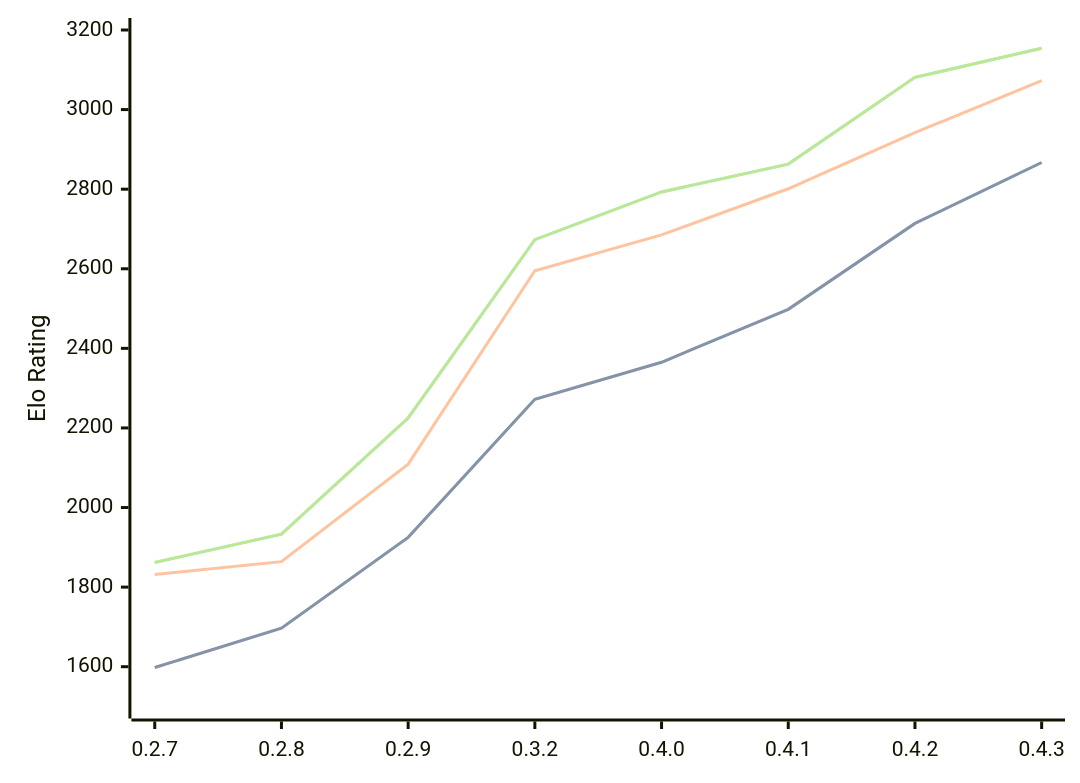
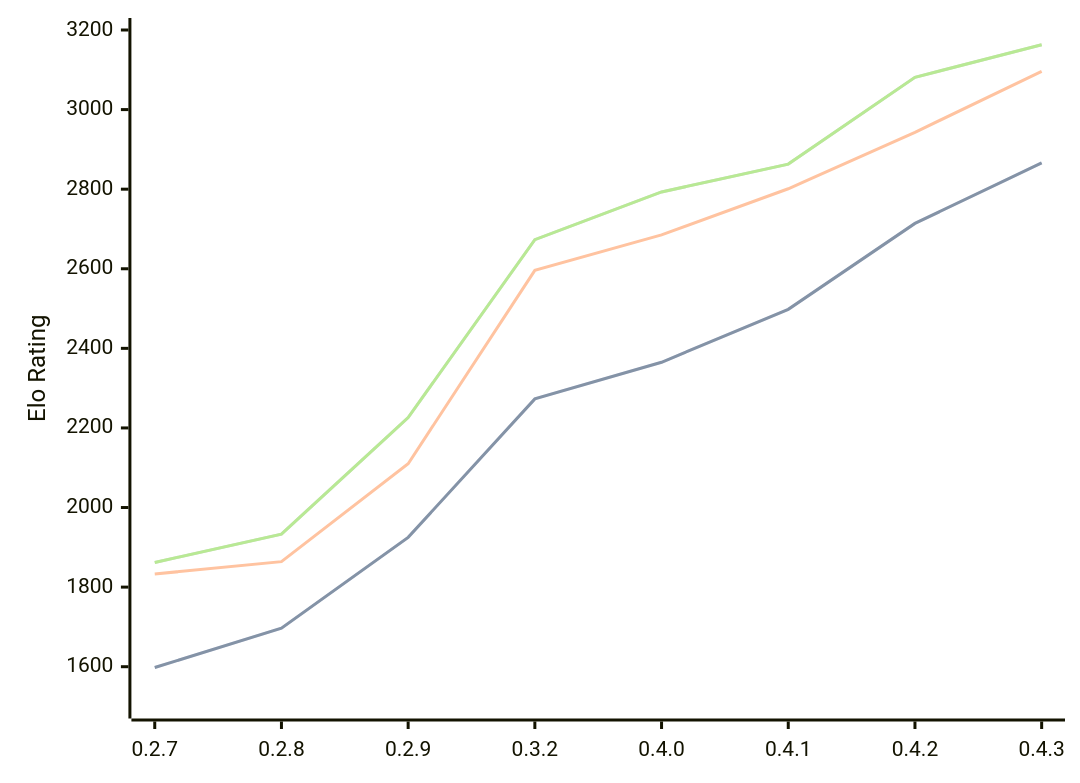
Before and after one commit to computer-chess-index/cci: the diagram in engines/Dual.md, drawn with Mermaid. The commit also changed other lines of this file, not shown here.

Commit message:
Update CCI Ratings (ELO VLTC) - 2026-09-07

````diff
--- a/engines/Dual.md
+++ b/engines/Dual.md
@@ -40,11 +40,11 @@
 ```mermaid
 %%{init: {"theme":"base","themeVariables":{"seriesColors:['#a3a3a3','#222221','#faa371']}}}%%
 xychart-beta
   x-axis ["0.2.7", "0.2.8", "0.2.9", "0.3.2", "0.4.0", "0.4.1", "0.4.2", "0.4.3"]
   y-axis "Elo Rating" 1500 --> 3200
-  line "" [1598, 1697, 1925, 2272, 2365, 2498, 2714, 2867]
-  line "STC (8.0+0.08s)" [1598, 1697, 1925, 2272, 2365, 2498, 2714, 2867]
-  line "LTC (60.0+0.60s)" [1832, 1864, 2109, 2595, 2685, 2801, 2942, 3073]
-  line "" [1862, 1933, 2225, 2673, 2793, 2863, 3081, 3154]
-  line "VLTC (2m24s+1.12s)" [1862, 1933, 2225, 2673, 2793, 2863, 3081, 3154]
+  line "" [1598, 1697, 1925, 2273, 2365, 2498, 2714, 2866]
+  line "STC (8.0+0.08s)" [1598, 1697, 1925, 2273, 2365, 2498, 2714, 2866]
+  line "LTC (60.0+0.60s)" [1833, 1864, 2110, 2596, 2685, 2801, 2943, 3096]
+  line "" [1862, 1933, 2226, 2673, 2793, 2863, 3081, 3163]
+  line "VLTC (2m24s+1.12s)" [1862, 1933, 2226, 2673, 2793, 2863, 3081, 3163]
 ```
````
